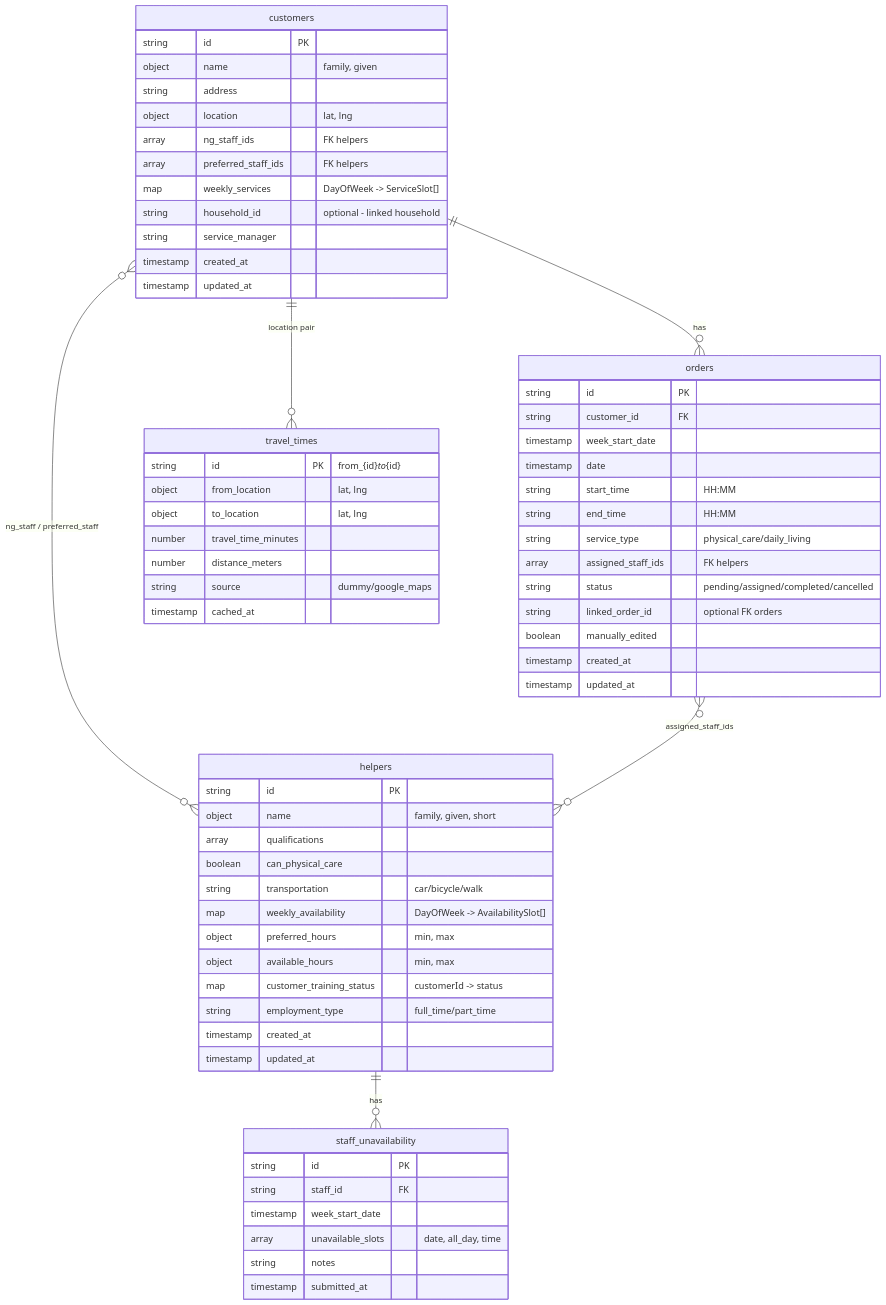
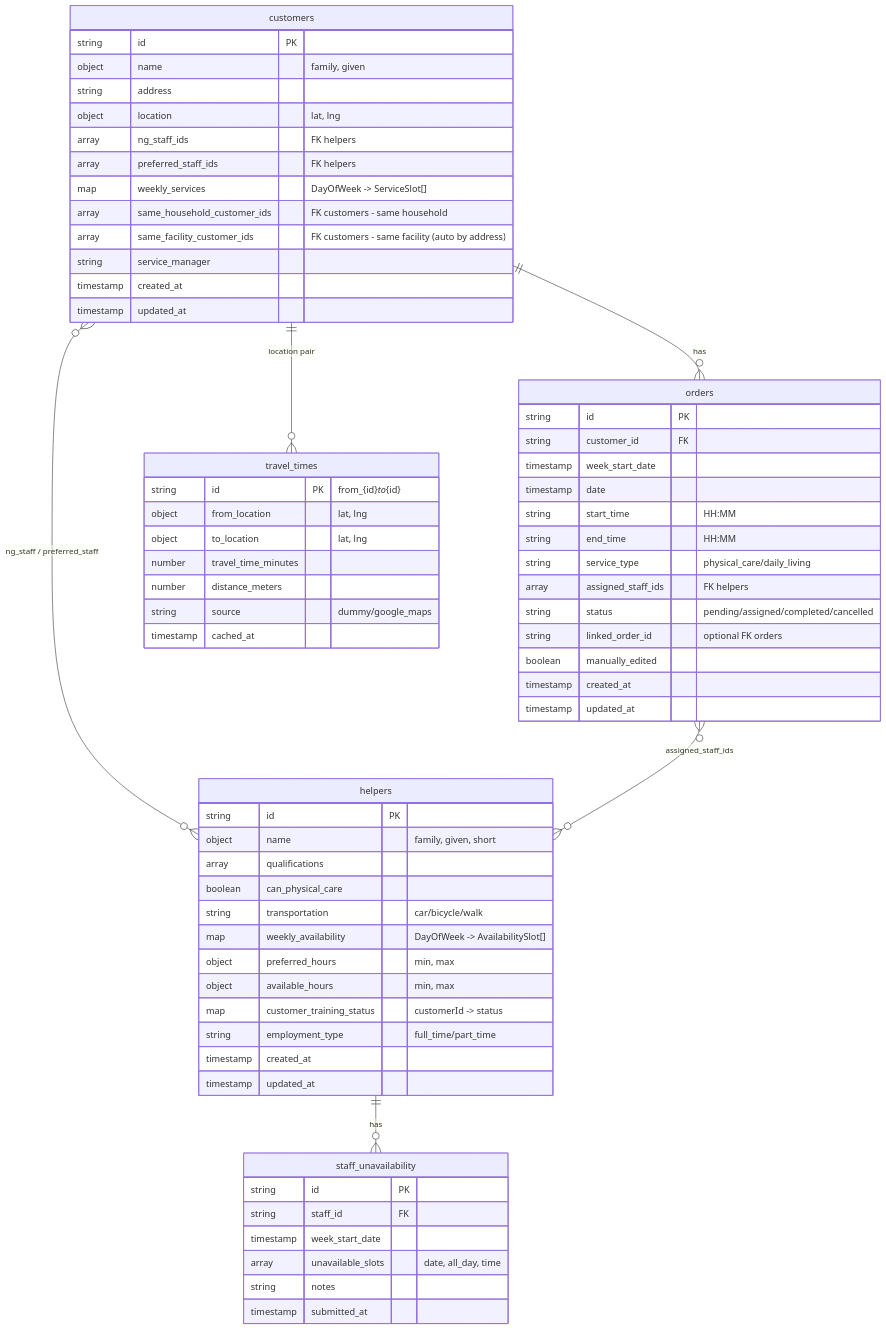
The diagram in docs/schema/data-model.mermaid (yasushihonda-acg/visitcare-shift-optimizer), drawn with Mermaid before and after one commit. The commit also changed 35 other files, not shown here.

First line of the commit message:
feat: household_id廃止 → same_household/facility_customer_ids移行 (#134)

```diff
--- a/docs/schema/data-model.mermaid
+++ b/docs/schema/data-model.mermaid
@@ -1,70 +1,71 @@
 erDiagram
     customers ||--o{ orders : "has"
     customers }o--o{ helpers : "ng_staff / preferred_staff"
     helpers ||--o{ staff_unavailability : "has"
     orders }o--o{ helpers : "assigned_staff_ids"
     customers ||--o{ travel_times : "location pair"
 
     customers {
         string id PK
         object name "family, given"
         string address
         object location "lat, lng"
         array ng_staff_ids "FK helpers"
         array preferred_staff_ids "FK helpers"
         map weekly_services "DayOfWeek -> ServiceSlot[]"
-        string household_id "optional - linked household"
+        array same_household_customer_ids "FK customers - same household"
+        array same_facility_customer_ids "FK customers - same facility (auto by address)"
         string service_manager
         timestamp created_at
         timestamp updated_at
     }
 
     helpers {
         string id PK
         object name "family, given, short"
         array qualifications
         boolean can_physical_care
         string transportation "car/bicycle/walk"
         map weekly_availability "DayOfWeek -> AvailabilitySlot[]"
         object preferred_hours "min, max"
         object available_hours "min, max"
         map customer_training_status "customerId -> status"
         string employment_type "full_time/part_time"
         timestamp created_at
         timestamp updated_at
     }
 
     orders {
         string id PK
         string customer_id FK
         timestamp week_start_date
         timestamp date
         string start_time "HH:MM"
         string end_time "HH:MM"
         string service_type "physical_care/daily_living"
         array assigned_staff_ids "FK helpers"
         string status "pending/assigned/completed/cancelled"
         string linked_order_id "optional FK orders"
         boolean manually_edited
         timestamp created_at
         timestamp updated_at
     }
 
     travel_times {
         string id PK "from_{id}_to_{id}"
         object from_location "lat, lng"
         object to_location "lat, lng"
         number travel_time_minutes
         number distance_meters
         string source "dummy/google_maps"
         timestamp cached_at
     }
 
     staff_unavailability {
         string id PK
         string staff_id FK
         timestamp week_start_date
         array unavailable_slots "date, all_day, time"
         string notes
         timestamp submitted_at
     }
```
